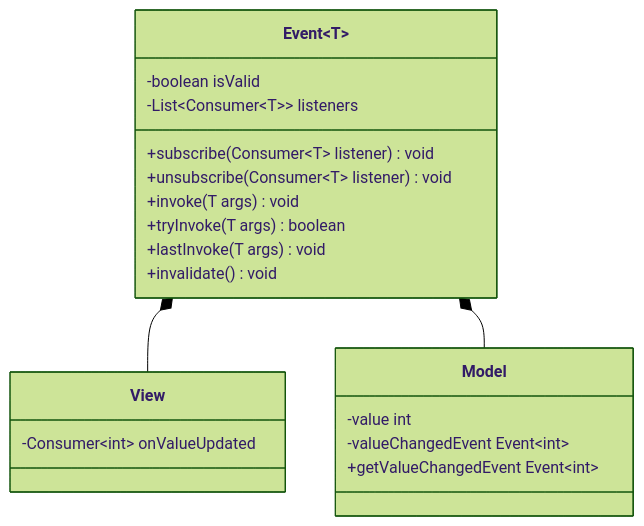
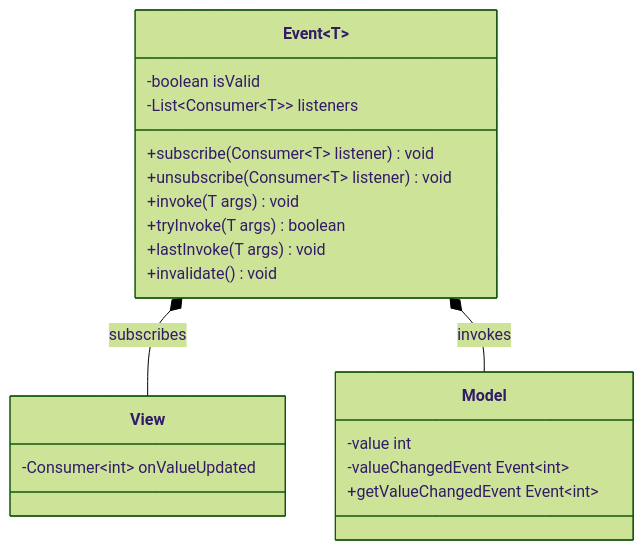
The diagram in report/diagrams/Event.md (thunderingmarmot/OOP23-objectonepiece), drawn with Mermaid (forest theme) before and after one commit.

````diff
--- a/report/diagrams/Event.md
+++ b/report/diagrams/Event.md
@@ -1,25 +1,25 @@
 ```mermaid
 classDiagram
 
 class View
 View : -Consumer~int~ onValueUpdated
 
-Event~T~ *-- View
+Event~T~ *-- View : subscribes
 
 class Event~T~
 Event : -boolean isValid
 Event : -List~Consumer~T~~ listeners
 Event : +subscribe(Consumer~T~ listener) void
 Event : +unsubscribe(Consumer~T~ listener) void
 Event : +invoke(T args) void
 Event : +tryInvoke(T args) boolean
 Event : +lastInvoke(T args) void
 Event : +invalidate() void
 
-Event~T~ *-- Model
+Event~T~ *-- Model : invokes
 
 class Model
 Model : -value int
 Model : -valueChangedEvent Event~int~
 Model : +getValueChangedEvent Event~int~
 ```
````
